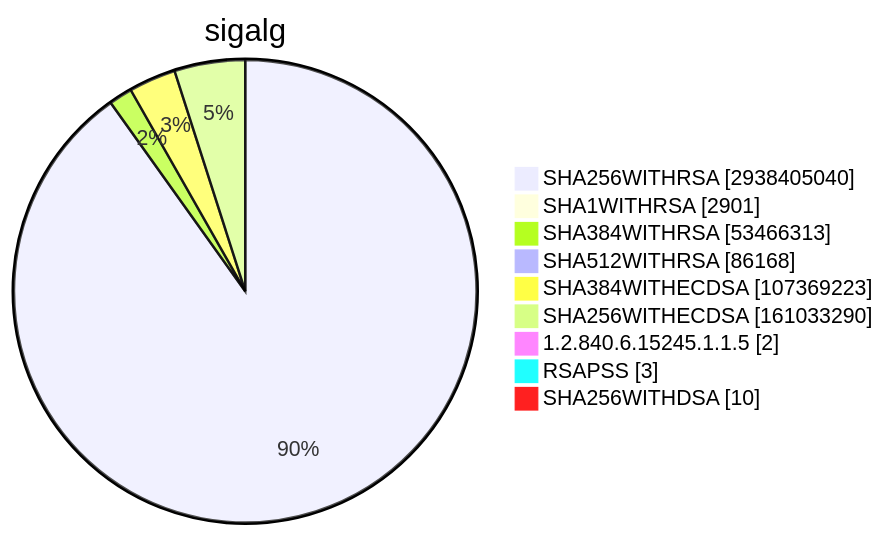
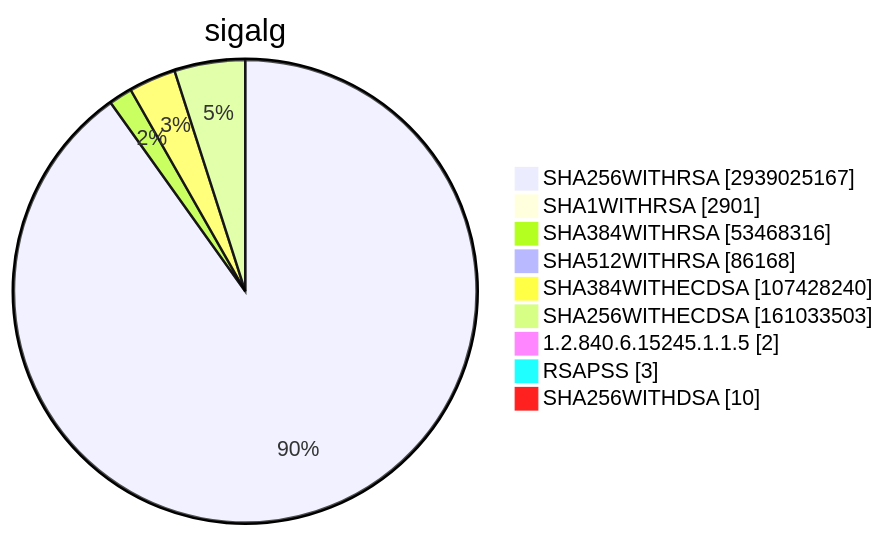
Before and after one commit to christiankrug/ctmonitor_visualization: diagram 15 of 15 in TOTAL/README.md, drawn with Mermaid. The commit also changed other lines of this file, not shown here.

````diff
--- a/TOTAL/README.md
+++ b/TOTAL/README.md
@@ -6207,13 +6207,13 @@
 ```mermaid
 pie showData
 title sigalg
-"SHA256WITHRSA" :2938405040
+"SHA256WITHRSA" :2939025167
 "SHA1WITHRSA" :2901
-"SHA384WITHRSA" :53466313
+"SHA384WITHRSA" :53468316
 "SHA512WITHRSA" :86168
-"SHA384WITHECDSA" :107369223
-"SHA256WITHECDSA" :161033290
+"SHA384WITHECDSA" :107428240
+"SHA256WITHECDSA" :161033503
 "1.2.840.6.15245.1.1.5" :2
 "RSAPSS" :3
 "SHA256WITHDSA" :10
 ```
````
